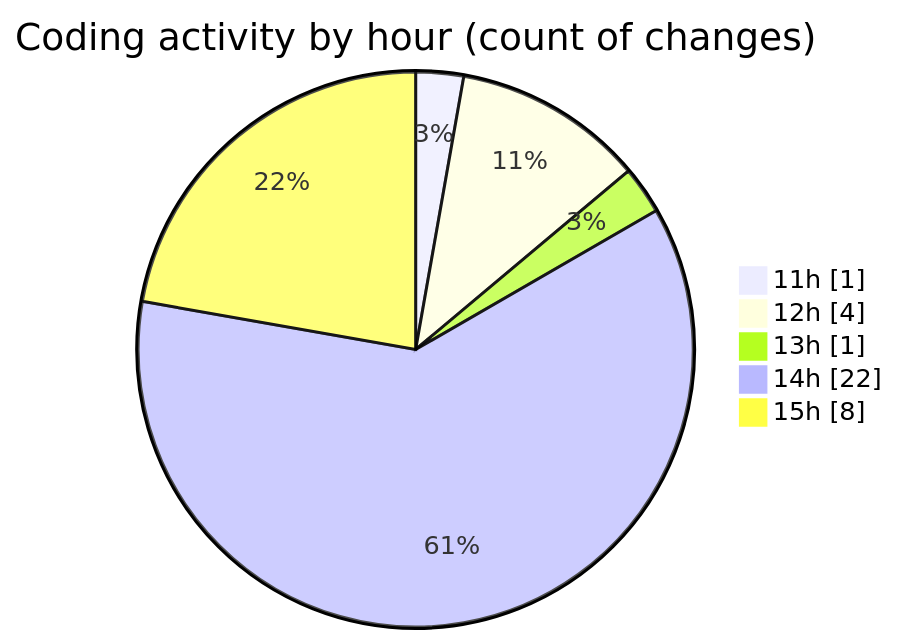
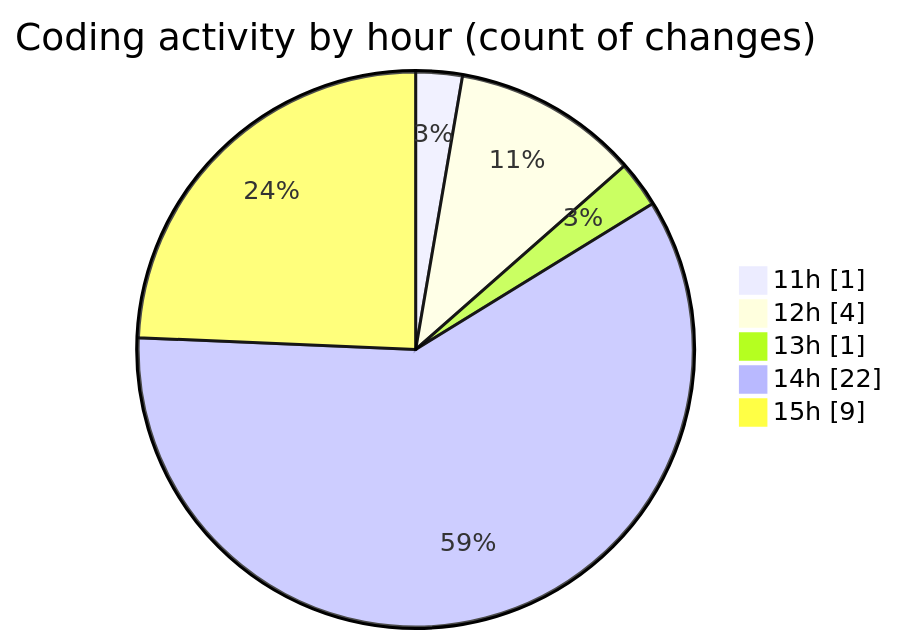
One commit to nxtqubesakshisongat/code-tracking changed the second of 2 diagrams in 2026-07-28/nxtqube_webapp/README.md. Above: the diagram before and after it, drawn with Mermaid. The commit also changed other lines of this file and 1 other file, not shown here.

````diff
--- a/2026-07-28/nxtqube_webapp/README.md
+++ b/2026-07-28/nxtqube_webapp/README.md
@@ -46,9 +46,9 @@
 ```mermaid
 pie showData
 title Coding activity by hour (count of changes)
 "11h" : 1
 "12h" : 4
 "13h" : 1
 "14h" : 22
-"15h" : 8
+"15h" : 9
 ```
````
